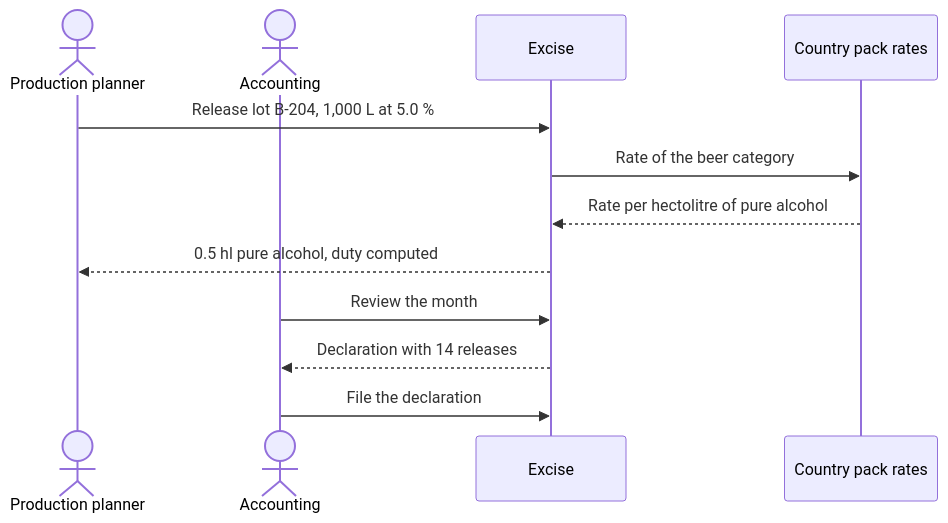
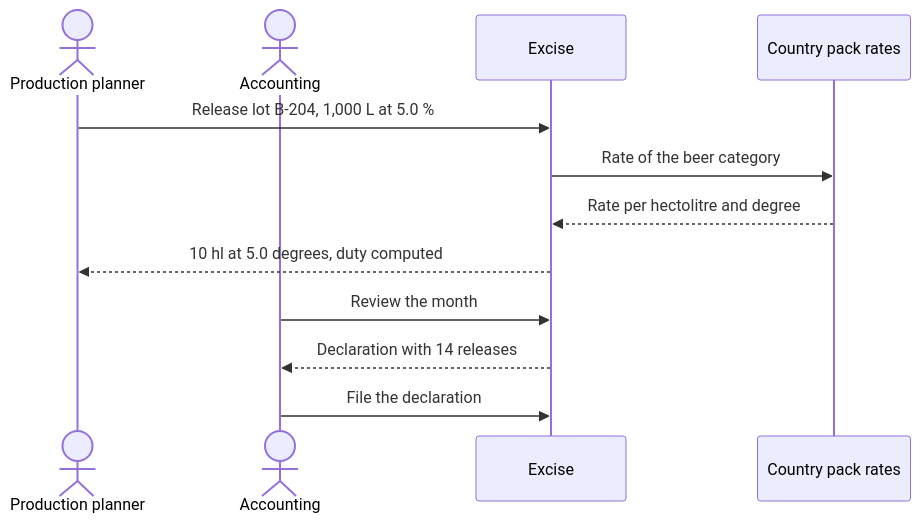
The diagram in docs/specs/08-sectors/sc05-manufacturing/use-cases/06-excise-refurbishment-and-cutting/uc-sc05-16-declare-alcohol-excise.md (gpbcom/SimpleERP), drawn with Mermaid before and after one commit. The commit also changed other lines of this file and 8816 other files, not shown here.

````diff
--- a/docs/specs/08-sectors/sc05-manufacturing/use-cases/06-excise-refurbishment-and-cutting/uc-sc05-16-declare-alcohol-excise.md
+++ b/docs/specs/08-sectors/sc05-manufacturing/use-cases/06-excise-refurbishment-and-cutting/uc-sc05-16-declare-alcohol-excise.md
@@ -139,14 +141,14 @@
 ```mermaid
 sequenceDiagram
   actor P as Production planner
   actor A as Accounting
   participant X as Excise
   participant D as Country pack rates
   P->>X: Release lot B-204, 1,000 L at 5.0 %
   X->>D: Rate of the beer category
-  D-->>X: Rate per hectolitre of pure alcohol
-  X-->>P: 0.5 hl pure alcohol, duty computed
+  D-->>X: Rate per hectolitre and degree
+  X-->>P: 10 hl at 5.0 degrees, duty computed
   A->>X: Review the month
   X-->>A: Declaration with 14 releases
   A->>X: File the declaration
 ```
````
